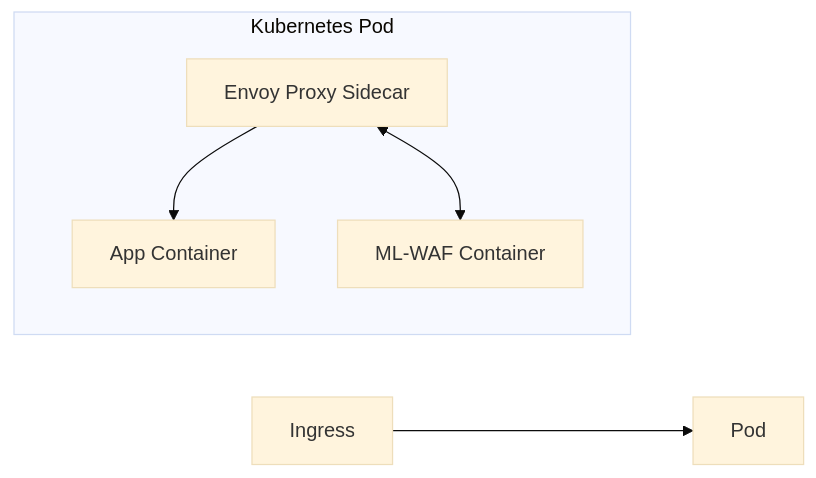
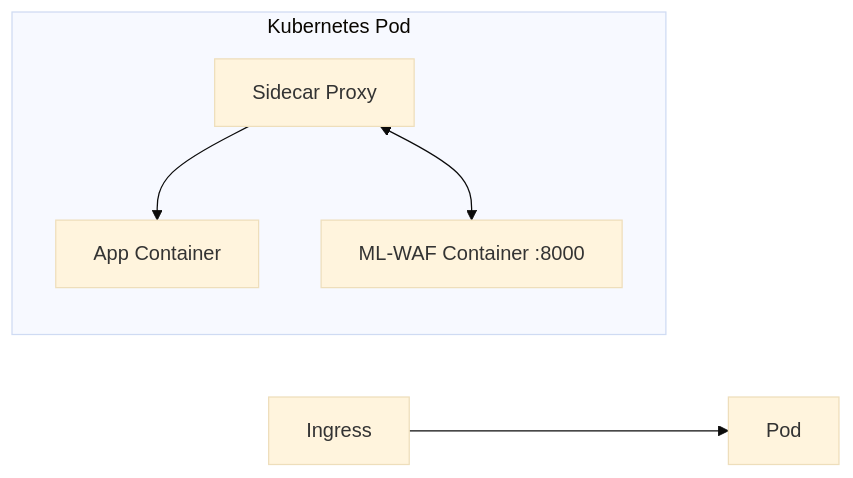
One commit to aozoramoew/ML-WAF changed the third of 3 diagrams in docs/integration_guide.md. Above: the diagram before and after it, drawn with Mermaid (base theme). The commit also changed other lines of this file and 14 other files, not shown here.

````diff
--- a/docs/integration_guide.md
+++ b/docs/integration_guide.md
@@ -131,8 +175,8 @@
 ```mermaid
 graph LR
     Ingress --> Pod
     subgraph Kubernetes Pod
-        Envoy[Envoy Proxy Sidecar] --> App[App Container]
-        Envoy <--> WAF[ML-WAF Container]
+        Proxy[Sidecar Proxy] --> App[App Container]
+        Proxy <--> WAF[ML-WAF Container :8000]
     end
 ```
````
